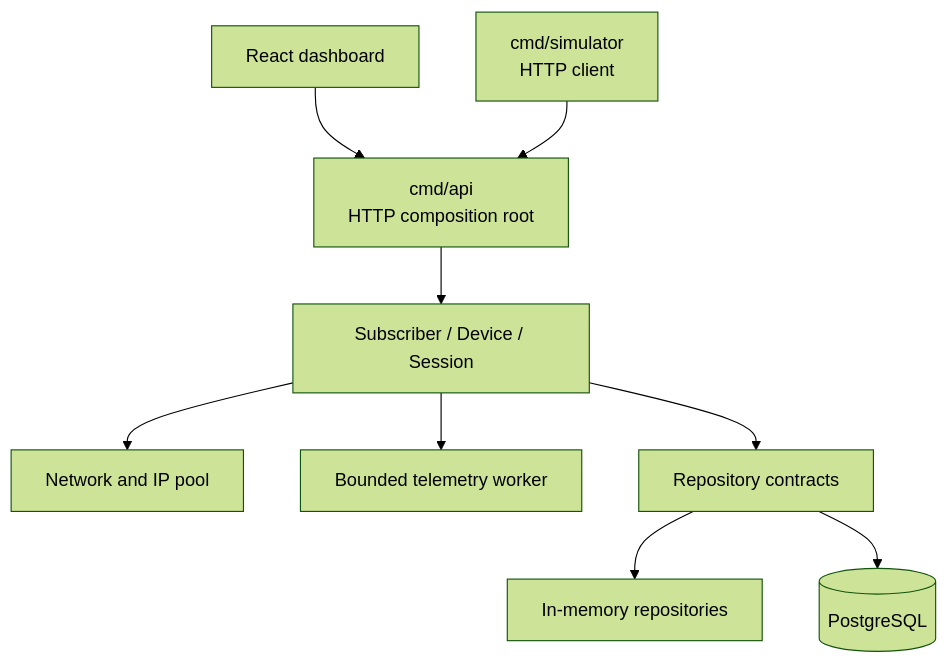
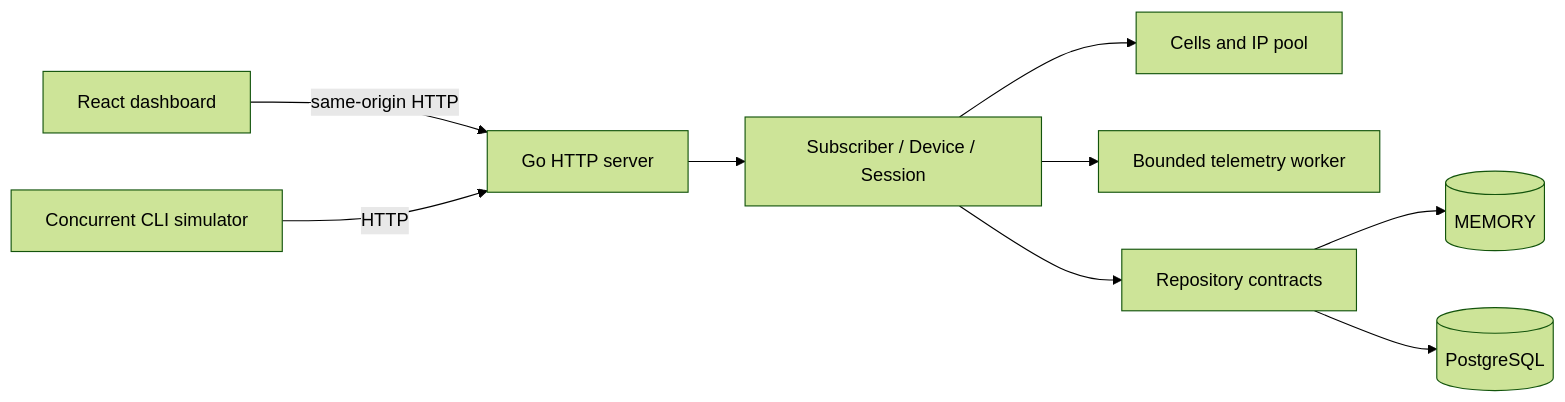
The first of 2 diagrams in README.md (carloska24/nexus-core-lab), drawn with Mermaid (forest theme) before and after one commit. The commit also changed other lines of this file and 17 other files, not shown here.

````diff
--- a/README.md
+++ b/README.md
@@ -37,11 +39,11 @@
 ```mermaid
-flowchart TD
-    Dashboard[React dashboard] --> API[cmd/api<br/>HTTP composition root]
-    Simulator[cmd/simulator<br/>HTTP client] --> API
+flowchart LR
+    Browser[React dashboard] -->|same-origin HTTP| API[Go HTTP server]
+    Simulator[Concurrent CLI simulator] -->|HTTP| API
     API --> Domains[Subscriber / Device / Session]
-    Domains --> Network[Network and IP pool]
+    Domains --> Network[Cells and IP pool]
     Domains --> Telemetry[Bounded telemetry worker]
     Domains --> Repositories[Repository contracts]
-    Repositories --> Memory[In-memory repositories]
+    Repositories --> Memory[(MEMORY)]
     Repositories --> PostgreSQL[(PostgreSQL)]
 ```
````
